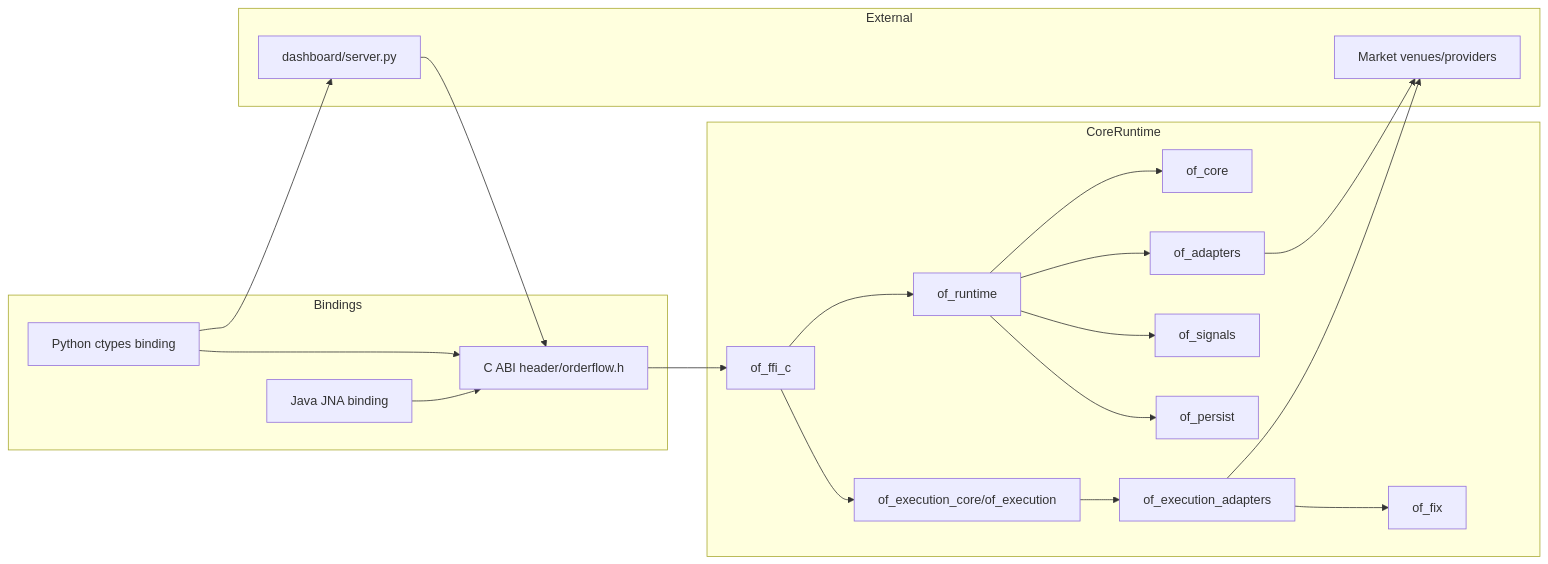
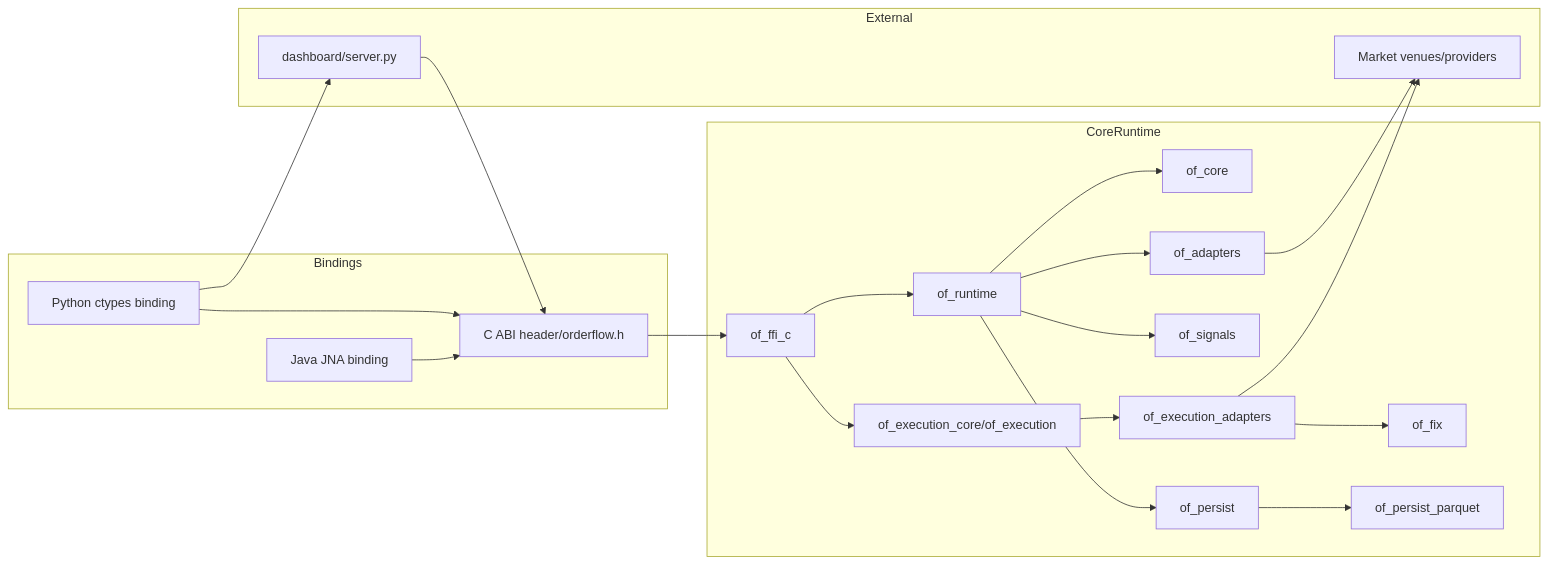
Before and after one commit to gregorian-09/orderflow: the first of 6 diagrams in docs/handbook/04-architecture.md, drawn with Mermaid. The commit also changed other lines of this file and 13 other files, not shown here.

Commit message:
docs(persist-parquet): document verified cold storage

````diff
--- a/docs/handbook/04-architecture.md
+++ b/docs/handbook/04-architecture.md
@@ -7,41 +7,43 @@
 ```mermaid
 flowchart LR
   subgraph Bindings
     PY[Python ctypes binding]
     JV[Java JNA binding]
     CAPI[C ABI header/orderflow.h]
   end
 
   subgraph CoreRuntime
     FFI[of_ffi_c]
     RT[of_runtime]
     CORE[of_core]
     EXC[of_execution_core/of_execution]
     FIX[of_fix]
     EXA[of_execution_adapters]
     SIG[of_signals]
     PST[of_persist]
+    PQ[of_persist_parquet]
     ADP[of_adapters]
   end
 
   subgraph External
     VENUE[Market venues/providers]
     DASH[dashboard/server.py]
   end
 
   PY --> CAPI
   JV --> CAPI
   CAPI --> FFI
   FFI --> RT
   FFI --> EXC
   EXA --> FIX
   RT --> CORE
   RT --> SIG
   RT --> PST
+  PST --> PQ
   RT --> ADP
   EXC --> EXA
   ADP --> VENUE
   EXA --> VENUE
   PY --> DASH
   DASH --> CAPI
 ```
````
